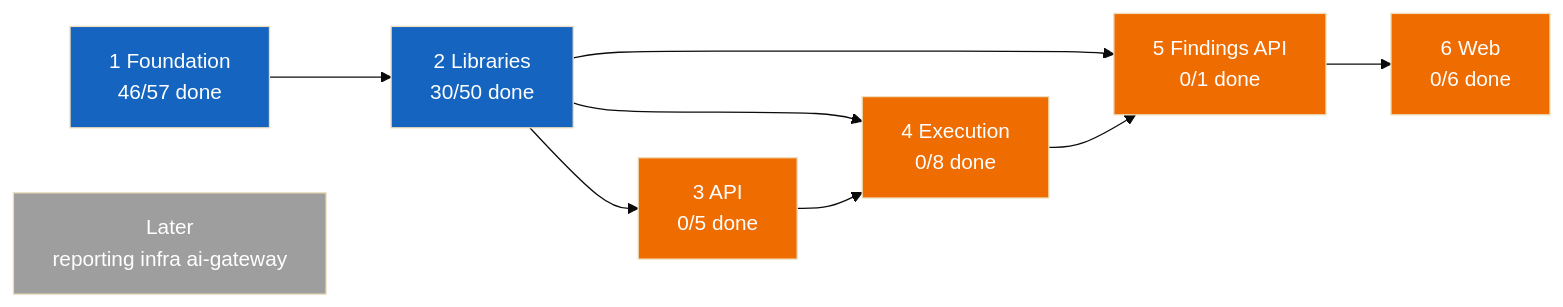
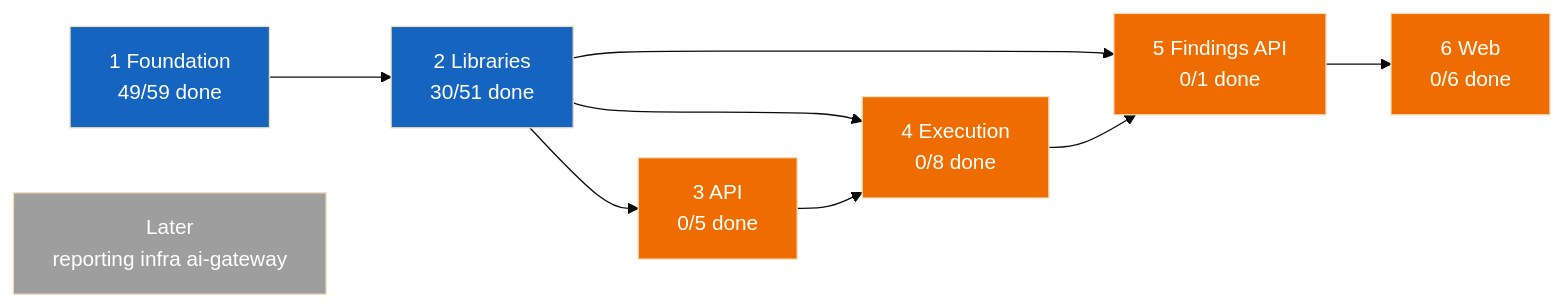
One commit to vulcanflow/docs changed the first of 2 diagrams in PROGRESS.md. Above: the diagram before and after it, drawn with Mermaid (base theme). The commit also changed other lines of this file and 1 other file, not shown here.

````diff
--- a/PROGRESS.md
+++ b/PROGRESS.md
@@ -24,31 +24,31 @@
 ```mermaid
 flowchart LR
-  P1["1 Foundation<br/>46/57 done"]
-  P2["2 Libraries<br/>30/50 done"]
+  P1["1 Foundation<br/>49/59 done"]
+  P2["2 Libraries<br/>30/51 done"]
   P3["3 API<br/>0/5 done"]
   P4["4 Execution<br/>0/8 done"]
   P5["5 Findings API<br/>0/1 done"]
   P6["6 Web<br/>0/6 done"]
   L["Later<br/>reporting infra ai-gateway"]
 
   P1 --> P2
   P2 --> P3
   P2 --> P4
   P3 --> P4
   P2 --> P5
   P4 --> P5
   P5 --> P6
 
   classDef done fill:#2e7d32,color:#fff
   classDef active fill:#1565c0,color:#fff
   classDef held fill:#9e9e9e,color:#fff
   classDef blocked fill:#ef6c00,color:#fff
 
   class P1 active
   class P2 active
   class P3 blocked
   class P4 blocked
   class P5 blocked
   class P6 blocked
   class L held
 ```
````
